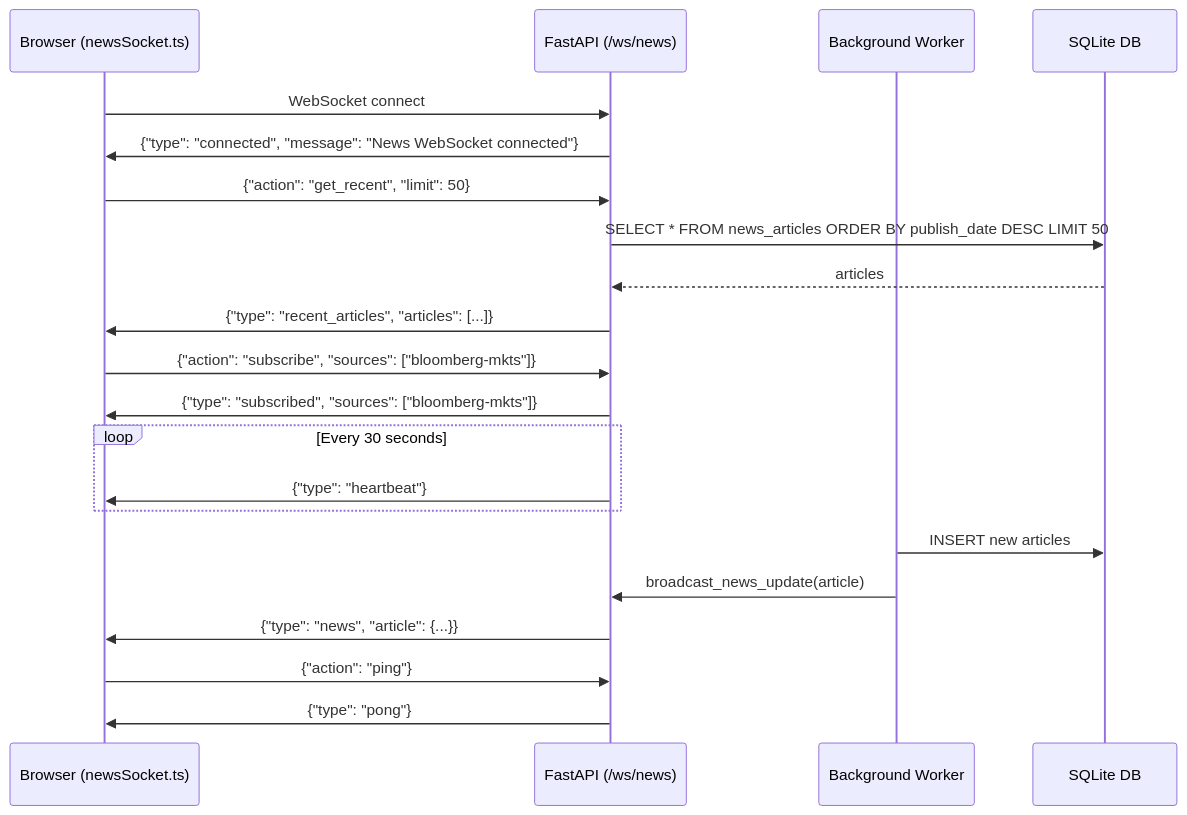
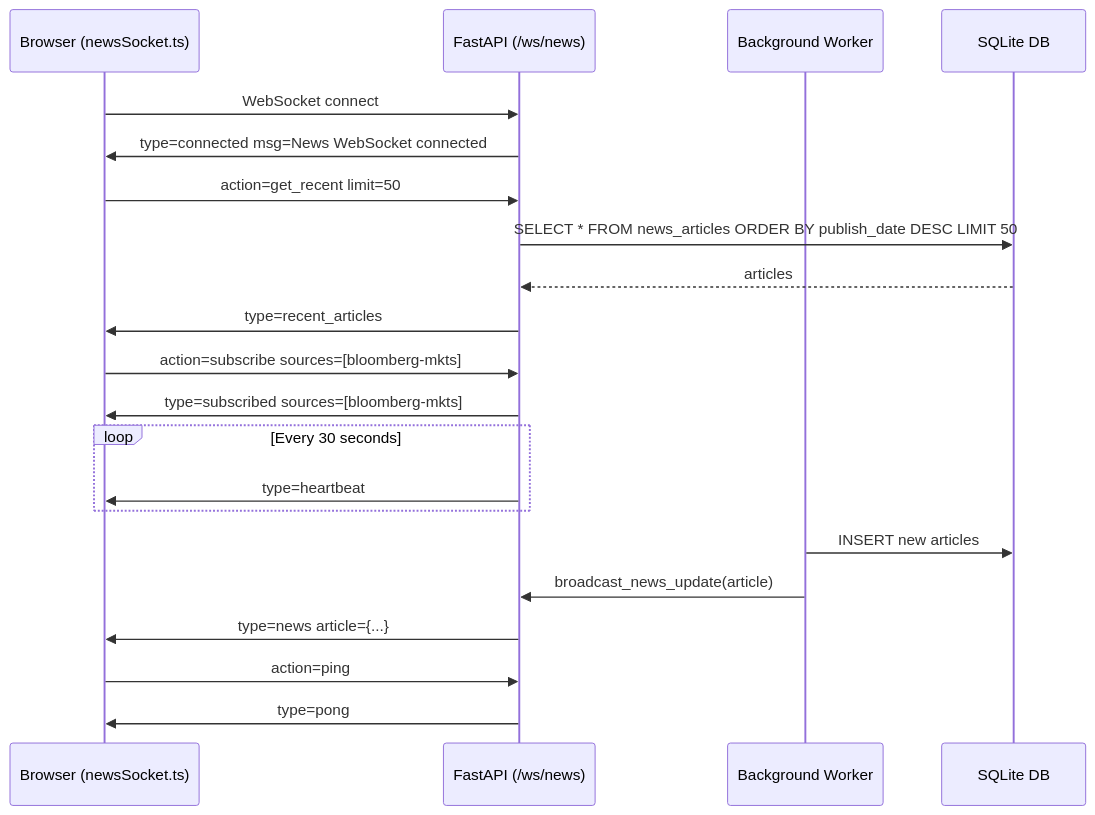
The fourth of 4 diagrams in docs/multi-source-news/IMPLEMENTATION.md (WINDY-WINDWARD/blm_terminal), drawn with Mermaid before and after one commit. The commit also changed other lines of this file, not shown here.

Commit message:
docs(news): fix Mermaid diagram syntax
- Remove invalid quotes/commas from subgraph labels in system architecture diagram
- Replace JSON strings with simplified labels in WebSocket sequence diagram
- Mermaid subgraph names cannot contain quotes or certain special characters

````diff
--- a/docs/multi-source-news/IMPLEMENTATION.md
+++ b/docs/multi-source-news/IMPLEMENTATION.md
@@ -384,27 +384,27 @@
 ```mermaid
 sequenceDiagram
     participant Client as Browser (newsSocket.ts)
     participant Server as FastAPI (/ws/news)
     participant BG as Background Worker
     participant DB as SQLite DB
 
     Client->>Server: WebSocket connect
-    Server->>Client: {"type": "connected", "message": "News WebSocket connected"}
-    Client->>Server: {"action": "get_recent", "limit": 50}
+    Server->>Client: type=connected msg=News WebSocket connected
+    Client->>Server: action=get_recent limit=50
     Server->>DB: SELECT * FROM news_articles ORDER BY publish_date DESC LIMIT 50
     DB-->>Server: articles
-    Server->>Client: {"type": "recent_articles", "articles": [...]}
-    Client->>Server: {"action": "subscribe", "sources": ["bloomberg-mkts"]}
-    Server->>Client: {"type": "subscribed", "sources": ["bloomberg-mkts"]}
+    Server->>Client: type=recent_articles
+    Client->>Server: action=subscribe sources=[bloomberg-mkts]
+    Server->>Client: type=subscribed sources=[bloomberg-mkts]
 
     loop Every 30 seconds
-        Server->>Client: {"type": "heartbeat"}
+        Server->>Client: type=heartbeat
     end
 
     BG->>DB: INSERT new articles
     BG->>Server: broadcast_news_update(article)
-    Server->>Client: {"type": "news", "article": {...}}
+    Server->>Client: type=news article={...}
 
-    Client->>Server: {"action": "ping"}
-    Server->>Client: {"type": "pong"}
+    Client->>Server: action=ping
+    Server->>Client: type=pong
 ```
````
